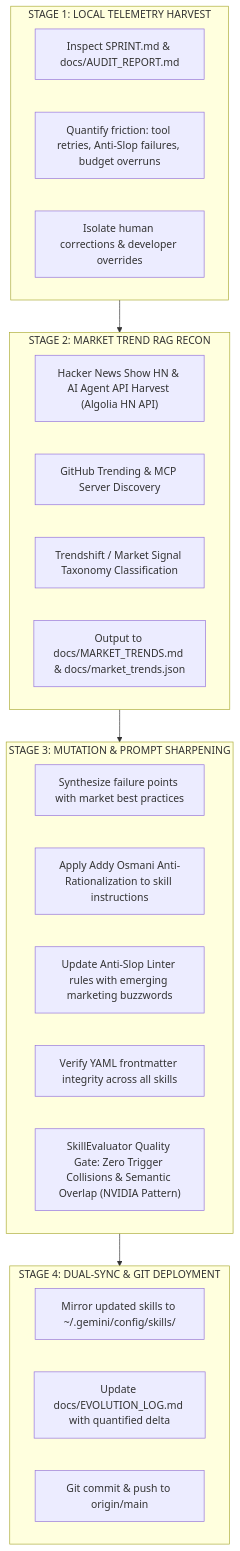
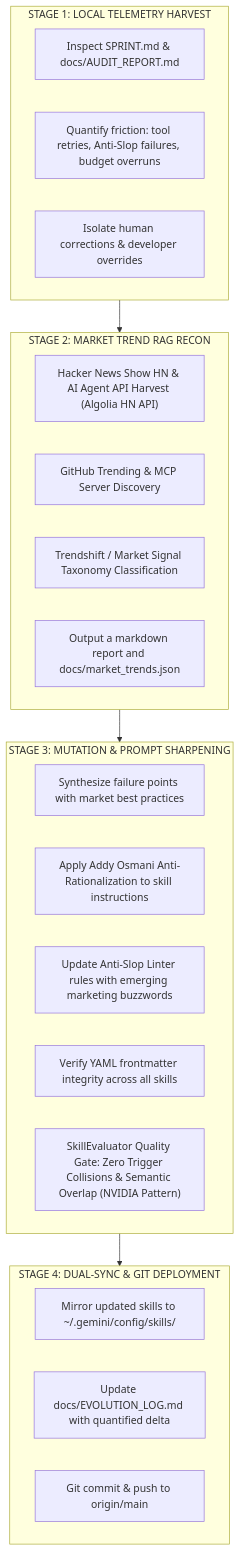
Before and after one commit to VihaanR/sprint-system: the diagram in skills/sprint-recursive-optimizer/SKILL.md, drawn with Mermaid. The commit also changed other lines of this file and 11 other files, not shown here.

Commit message:
docs: delete stale plans, post-mortem, market-trends report and their links

````diff
--- a/skills/sprint-recursive-optimizer/SKILL.md
+++ b/skills/sprint-recursive-optimizer/SKILL.md
@@ -16,31 +16,31 @@
 ```mermaid
 flowchart TD
     subgraph S1["STAGE 1: LOCAL TELEMETRY HARVEST"]
         T1["Inspect SPRINT.md & docs/AUDIT_REPORT.md"]
         T2["Quantify friction: tool retries, Anti-Slop failures, budget overruns"]
         T3["Isolate human corrections & developer overrides"]
     end
 
     subgraph S2["STAGE 2: MARKET TREND RAG RECON"]
         M1["Hacker News Show HN & AI Agent API Harvest (Algolia HN API)"]
         M2["GitHub Trending & MCP Server Discovery"]
         M3["Trendshift / Market Signal Taxonomy Classification"]
-        M4["Output to docs/MARKET_TRENDS.md & docs/market_trends.json"]
+        M4["Output a markdown report and docs/market_trends.json"]
     end
 
     subgraph S3["STAGE 3: MUTATION & PROMPT SHARPENING"]
         R1["Synthesize failure points with market best practices"]
         R2["Apply Addy Osmani Anti-Rationalization to skill instructions"]
         R3["Update Anti-Slop Linter rules with emerging marketing buzzwords"]
         R4["Verify YAML frontmatter integrity across all skills"]
         R5["SkillEvaluator Quality Gate: Zero Trigger Collisions & Semantic Overlap (NVIDIA Pattern)"]
     end
 
     subgraph S4["STAGE 4: DUAL-SYNC & GIT DEPLOYMENT"]
         D1["Mirror updated skills to ~/.gemini/config/skills/"]
         D2["Update docs/EVOLUTION_LOG.md with quantified delta"]
         D3["Git commit & push to origin/main"]
     end
 
     S1 --> S2 --> S3 --> S4
 ```
````
